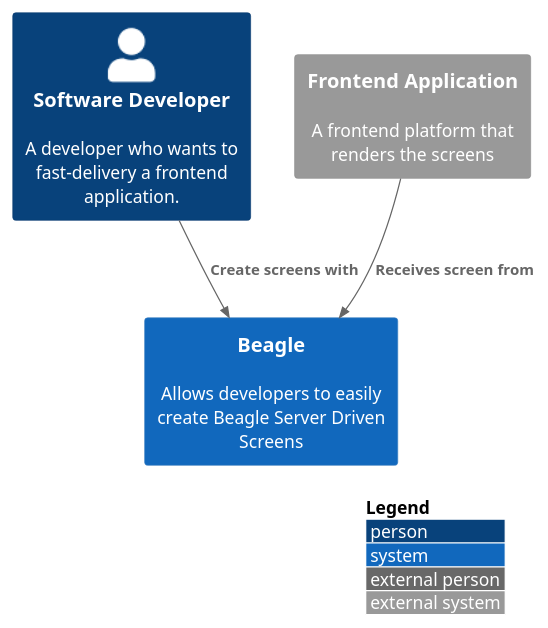
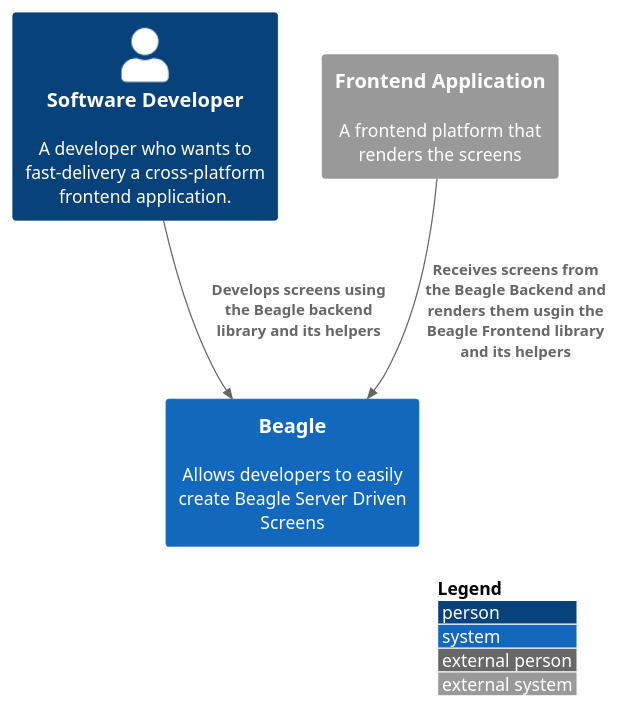
One commit to hectorcustodiozup/Beagle-C4-Model changed the diagram in src/context.puml. Above: the diagram before and after it, drawn with PlantUML.

Commit message:
Updates description

```diff
--- a/src/context.puml
+++ b/src/context.puml
@@ -1,13 +1,13 @@
 @startuml context
 !include https://raw.githubusercontent.com/adrianvlupu/C4-PlantUML/latest/C4_Context.puml
 
 LAYOUT_WITH_LEGEND()
 
-Person(software_developer, "Software Developer", "A developer who wants to fast-delivery a frontend application.")
+Person(software_developer, "Software Developer", "A developer who wants to fast-delivery a cross-platform frontend application.")
 System(beagle, "Beagle", "Allows developers to easily create Beagle Server Driven Screens")
 ' System(bf, "Beagle Frontend", "Translates Beagle screens to native platform code")
 System_Ext(frontend_app, "Frontend Application", "A frontend platform that renders the screens")
 
-Rel(software_developer, beagle, "Create screens with")
-Rel(frontend_app, beagle, "Receives screen from")
+Rel(software_developer, beagle, "Develops screens using the Beagle backend library and its helpers")
+Rel(frontend_app, beagle, "Receives screens from the Beagle Backend and renders them usgin the Beagle Frontend library and its helpers")
 @enduml
```
